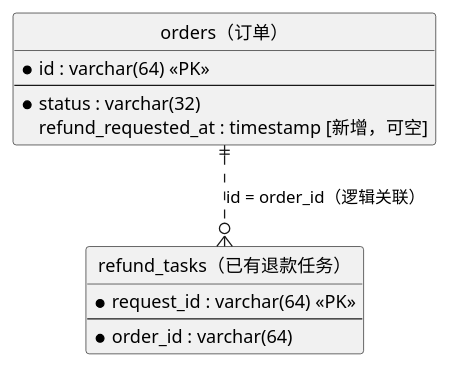
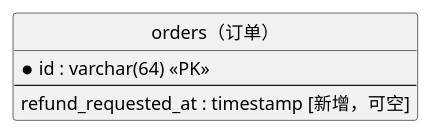
Before and after one commit to Leeycw96/harness-project: the first of 2 diagrams in keel-plan/skills/keel-plan/assets/plan-template.features/cancel-order.md, drawn with PlantUML. The commit also changed other lines of this file and 12 other files, not shown here.

````diff
--- a/keel-plan/skills/keel-plan/assets/plan-template.features/cancel-order.md
+++ b/keel-plan/skills/keel-plan/assets/plan-template.features/cancel-order.md
@@ -9,17 +9,10 @@
 ```plantuml
 @startuml
 hide circle
 entity "orders（订单）" as orders {
   * id : varchar(64) <<PK>>
   --
-  * status : varchar(32)
   refund_requested_at : timestamp [新增，可空]
 }
-entity "refund_tasks（已有退款任务）" as refunds {
-  * request_id : varchar(64) <<PK>>
-  --
-  * order_id : varchar(64)
-}
-orders ||..o{ refunds : id = order_id（逻辑关联）
 @enduml
 ```
````
